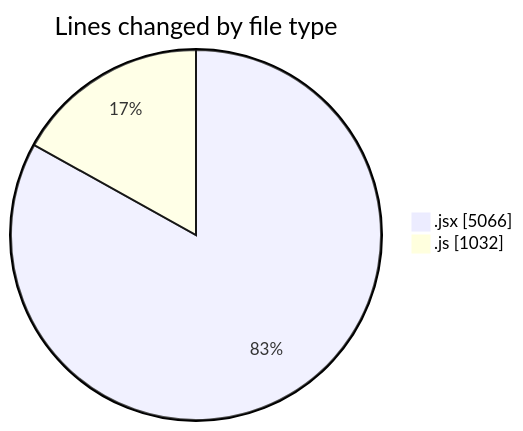
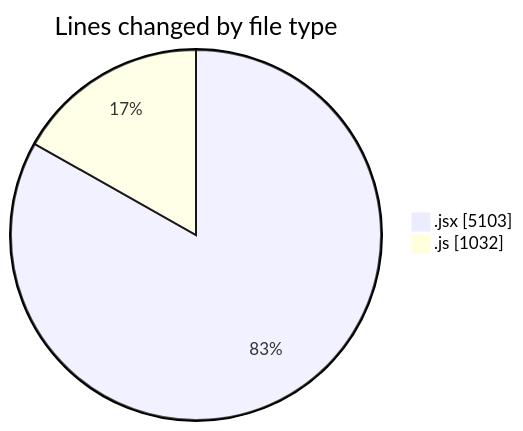
The first of 2 diagrams in 2025-12-07/nxtqube_webapp/README.md (nxtqubesakshisongat/code-tracking), drawn with Mermaid before and after one commit. The commit also changed other lines of this file and 1 other file, not shown here.

````diff
--- a/2025-12-07/nxtqube_webapp/README.md
+++ b/2025-12-07/nxtqube_webapp/README.md
@@ -23,6 +23,6 @@
 ```mermaid
 pie showData
 title Lines changed by file type
-".jsx" : 5066
+".jsx" : 5103
 ".js" : 1032
 ```
````
